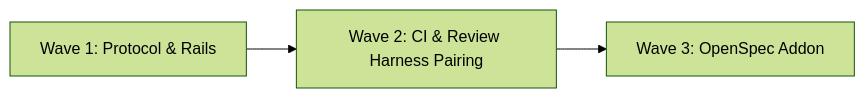
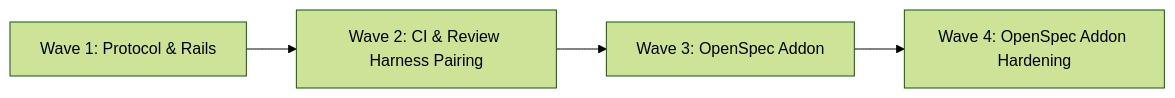
The diagram in docs/ROADMAP.md (mgabs/spec-rails), drawn with Mermaid (forest theme) before and after one commit. The commit also changed other lines of this file and 58 other files, not shown here.

Commit message:
feat(w4-1): harden OpenSpec v1.15/v1.16 gates, verifier, installer, and CI rails

````diff
--- a/docs/ROADMAP.md
+++ b/docs/ROADMAP.md
@@ -9,4 +9,4 @@
 ```mermaid
 flowchart LR
-    W1[Wave 1: Protocol & Rails] --> W2[Wave 2: CI & Review Harness Pairing] --> W3[Wave 3: OpenSpec Addon]
+    W1[Wave 1: Protocol & Rails] --> W2[Wave 2: CI & Review Harness Pairing] --> W3[Wave 3: OpenSpec Addon] --> W4[Wave 4: OpenSpec Addon Hardening]
 ```
````
